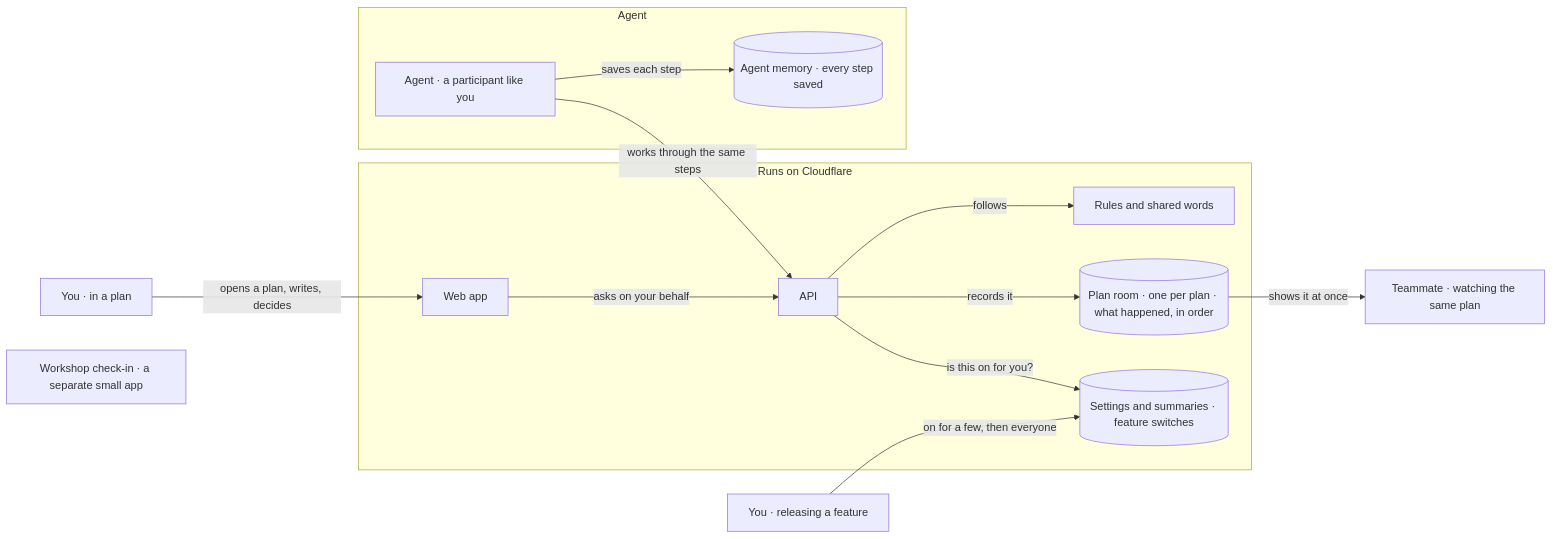
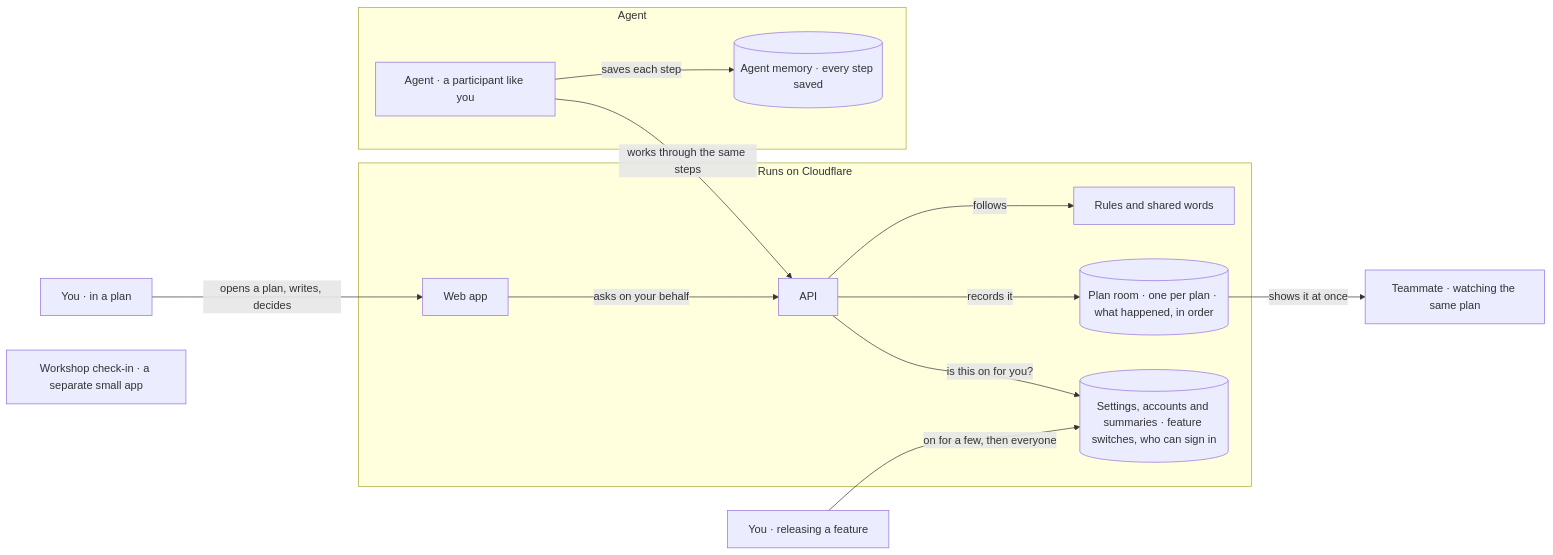
Before and after one commit to pratos/growthx-workshop: the diagram in docs/ARCHITECTURE.md, drawn with Mermaid. The commit also changed other lines of this file and 57 other files, not shown here.

````diff
--- a/docs/ARCHITECTURE.md
+++ b/docs/ARCHITECTURE.md
@@ -7,27 +7,27 @@
 ```mermaid
 flowchart LR
   P["You · in a plan"]
   P2["Teammate · watching the same plan"]
   REL["You · releasing a feature"]
   subgraph cf["Runs on Cloudflare"]
     W["Web app"]
     A["API"]
     RW["Rules and shared words"]
     R[("Plan room · one per plan · what happened, in order")]
-    D[("Settings and summaries · feature switches")]
+    D[("Settings, accounts and summaries · feature switches, who can sign in")]
   end
   subgraph ag["Agent"]
     AG["Agent · a participant like you"]
     CP[("Agent memory · every step saved")]
   end
   CK["Workshop check-in · a separate small app"]
   P -- "opens a plan, writes, decides" --> W
   W -- "asks on your behalf" --> A
   A -- "is this on for you?" --> D
   A -- "follows" --> RW
   A -- "records it" --> R
   R -- "shows it at once" --> P2
   AG -- "works through the same steps" --> A
   AG -- "saves each step" --> CP
   REL -- "on for a few, then everyone" --> D
 ```
````
